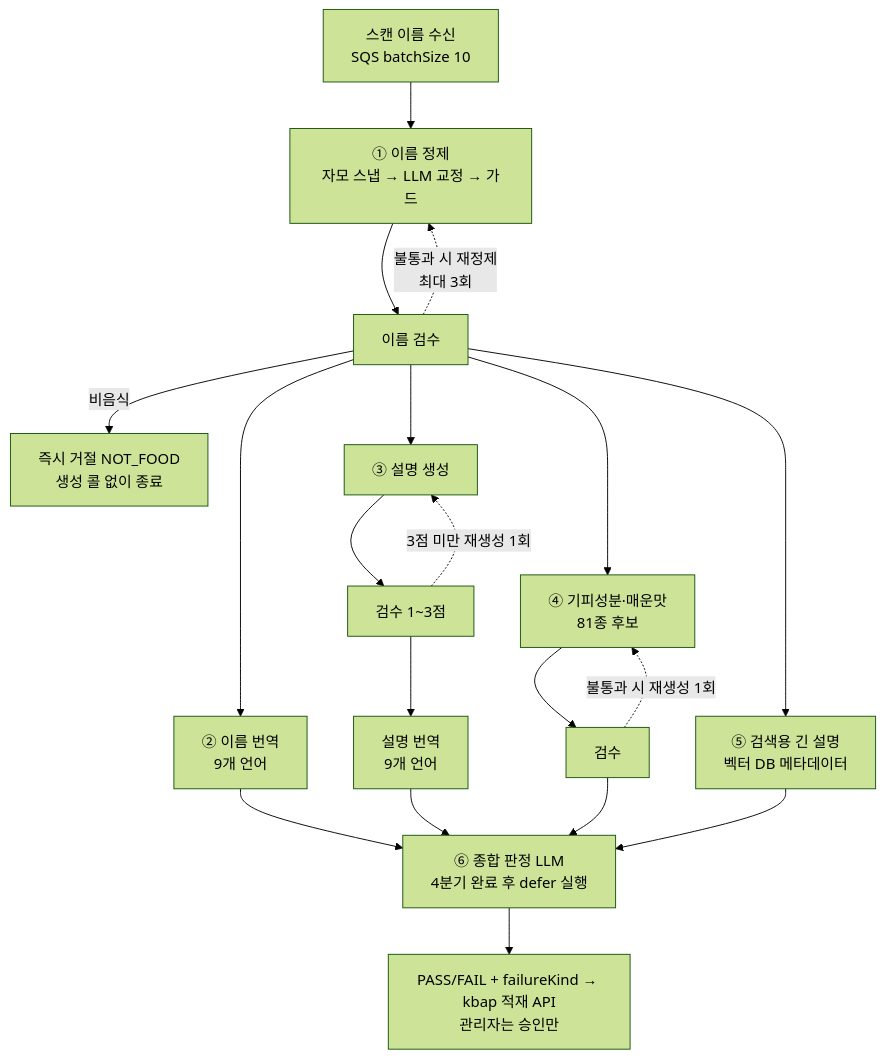
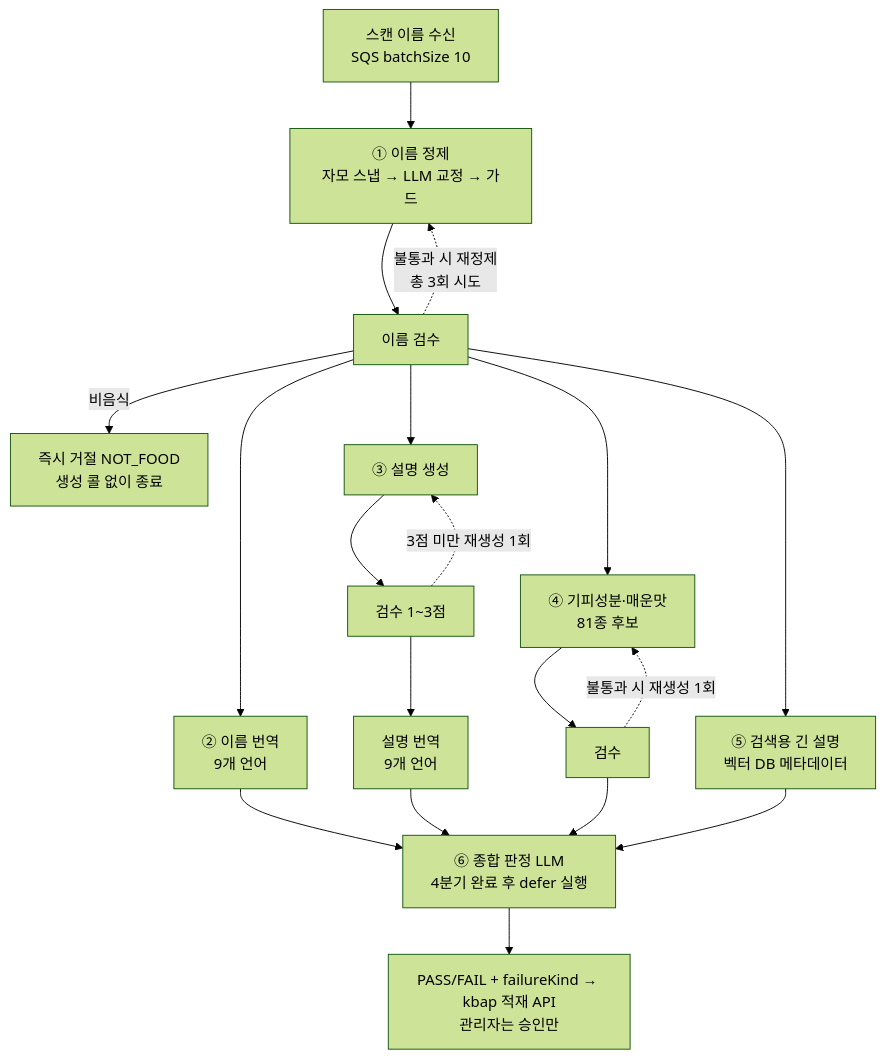
Before and after one commit to team-skyjs/kbap-langchain: the diagram in README.md, drawn with Mermaid (forest theme). The commit also changed other lines of this file, not shown here.

Commit message:
docs: 이름 재정제 횟수 표기 수정 — 총 3회 시도(재정제 2회)
name_max_attempts=3 은 초회 포함 총 실행 상한이라 "최대 3회 재정제"는 과장.

````diff
--- a/README.md
+++ b/README.md
@@ -11,18 +11,18 @@
 ```mermaid
 flowchart TD
     A[스캔 이름 수신<br/>SQS batchSize 10] --> B[① 이름 정제<br/>자모 스냅 → LLM 교정 → 가드]
     B --> B2[이름 검수]
-    B2 -. 불통과 시 재정제<br/>최대 3회 .-> B
+    B2 -. 불통과 시 재정제<br/>총 3회 시도 .-> B
     B2 -- 비음식 --> X[즉시 거절 NOT_FOOD<br/>생성 콜 없이 종료]
     B2 --> C[② 이름 번역<br/>9개 언어]
     B2 --> D[③ 설명 생성]
     B2 --> E[④ 기피성분·매운맛<br/>81종 후보]
     B2 --> L[⑤ 검색용 긴 설명<br/>벡터 DB 메타데이터]
     D --> D2[검수 1~3점]
     D2 -. 3점 미만 재생성 1회 .-> D
     D2 --> D3[설명 번역<br/>9개 언어]
     E --> E2[검수]
     E2 -. 불통과 시 재생성 1회 .-> E
     C & D3 & E2 & L --> F[⑥ 종합 판정 LLM<br/>4분기 완료 후 defer 실행]
     F --> G[PASS/FAIL + failureKind → kbap 적재 API<br/>관리자는 승인만]
 ```
````
